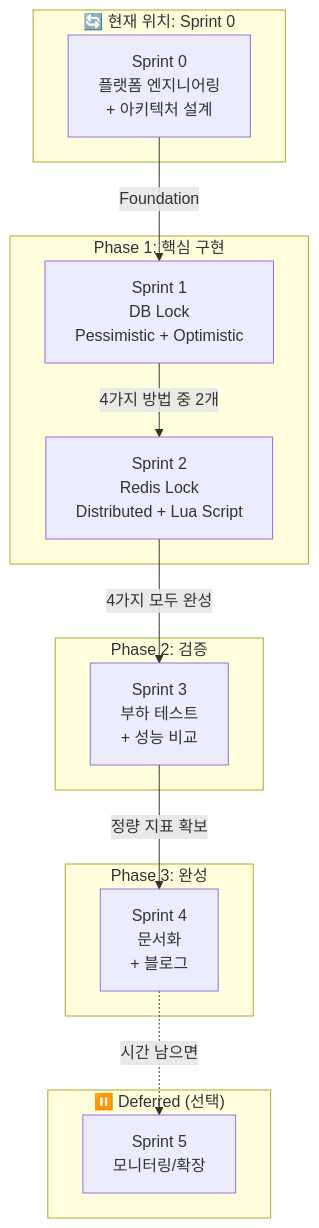
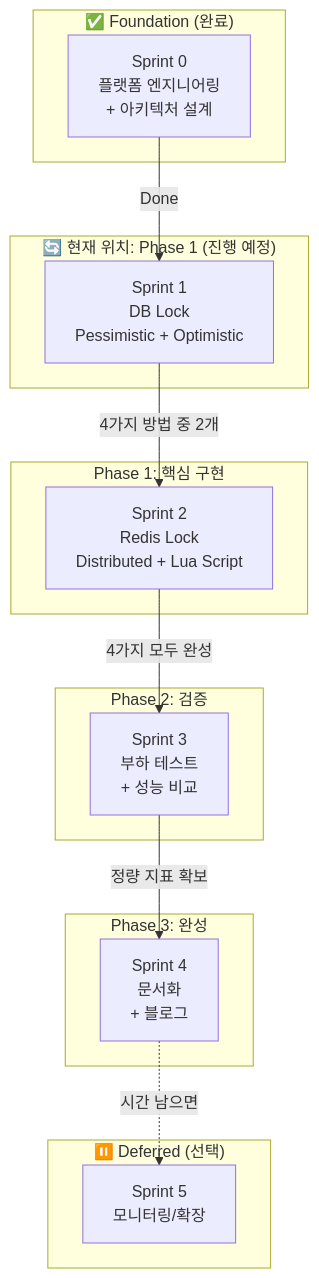
One commit to JuJin1324/concurrency-control-poc changed the first of 2 diagrams in how-diagram.md. Above: the diagram before and after it, drawn with Mermaid. The commit also changed other lines of this file, not shown here.

Commit message:
docs: update sprint flow and timeline in how-diagram.md

````diff
--- a/how-diagram.md
+++ b/how-diagram.md
@@ -27,29 +27,32 @@
 ```mermaid
 flowchart TD
-    subgraph Current["🔄 현재 위치: Sprint 0"]
+    subgraph Foundation["✅ Foundation (완료)"]
         S0[Sprint 0<br/>플랫폼 엔지니어링<br/>+ 아키텍처 설계]
     end
 
+    subgraph Current["🔄 현재 위치: Phase 1 (진행 예정)"]
+        S1[Sprint 1<br/>DB Lock<br/>Pessimistic + Optimistic]
+    end
+
     subgraph Phase1["Phase 1: 핵심 구현"]
-        S1[Sprint 1<br/>DB Lock<br/>Pessimistic + Optimistic]
         S2[Sprint 2<br/>Redis Lock<br/>Distributed + Lua Script]
     end
 
     subgraph Phase2["Phase 2: 검증"]
         S3[Sprint 3<br/>부하 테스트<br/>+ 성능 비교]
     end
 
     subgraph Phase3["Phase 3: 완성"]
         S4[Sprint 4<br/>문서화<br/>+ 블로그]
     end
 
     subgraph Deferred["⏸️ Deferred (선택)"]
         S5[Sprint 5<br/>모니터링/확장]
     end
 
-    S0 -->|Foundation| S1
+    S0 -->|Done| S1
     S1 -->|4가지 방법 중 2개| S2
     S2 -->|4가지 모두 완성| S3
     S3 -->|정량 지표 확보| S4
     S4 -.->|시간 남으면| S5
 ```
````
